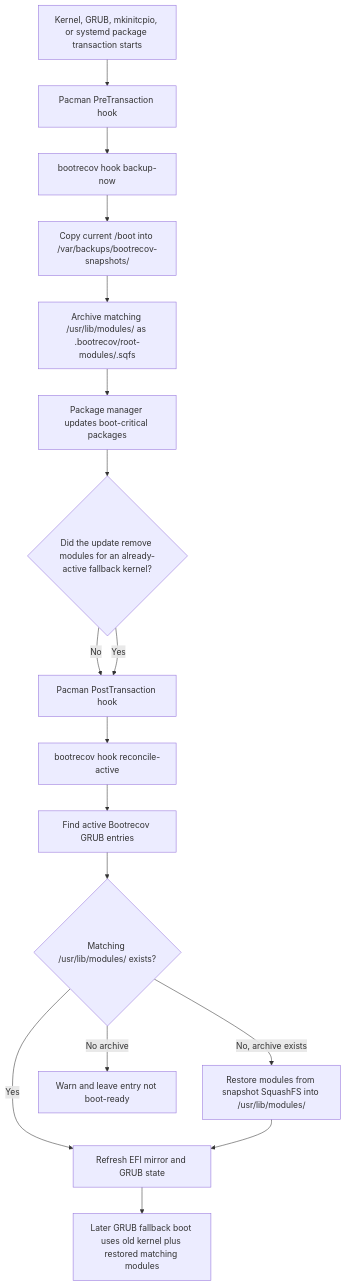
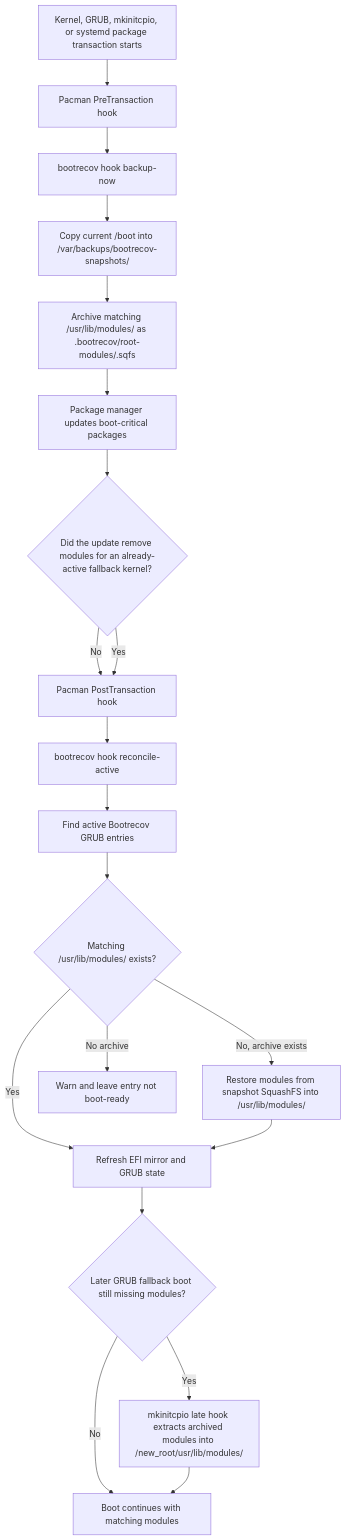
The diagram in README.md (marang/bootrecov), drawn with Mermaid before and after one commit. The commit also changed other lines of this file and 10 other files, not shown here.

Commit message:
Restore fallback modules from mkinitcpio

````diff
--- a/README.md
+++ b/README.md
@@ -369,19 +385,22 @@
 ```mermaid
 flowchart TD
     A["Kernel, GRUB, mkinitcpio, or systemd package transaction starts"] --> B["Pacman PreTransaction hook"]
     B --> C["bootrecov hook backup-now"]
     C --> D["Copy current /boot into /var/backups/bootrecov-snapshots/<name>"]
     D --> E["Archive matching /usr/lib/modules/<kernel-version> as .bootrecov/root-modules/<kernel-version>.sqfs"]
     E --> F["Package manager updates boot-critical packages"]
     F --> G{"Did the update remove modules for an already-active fallback kernel?"}
     G -->|No| H["Pacman PostTransaction hook"]
     G -->|Yes| H
     H --> I["bootrecov hook reconcile-active"]
     I --> J["Find active Bootrecov GRUB entries"]
     J --> K{"Matching /usr/lib/modules/<fallback-version> exists?"}
     K -->|Yes| L["Refresh EFI mirror and GRUB state"]
     K -->|No, archive exists| M["Restore modules from snapshot SquashFS into /usr/lib/modules/<fallback-version>"]
     K -->|No archive| N["Warn and leave entry not boot-ready"]
     M --> L
-    L --> O["Later GRUB fallback boot uses old kernel plus restored matching modules"]
+    L --> O{"Later GRUB fallback boot still missing modules?"}
+    O -->|No| P["Boot continues with matching modules"]
+    O -->|Yes| Q["mkinitcpio late hook extracts archived modules into /new_root/usr/lib/modules/<fallback-version>"]
+    Q --> P
 ```
````
